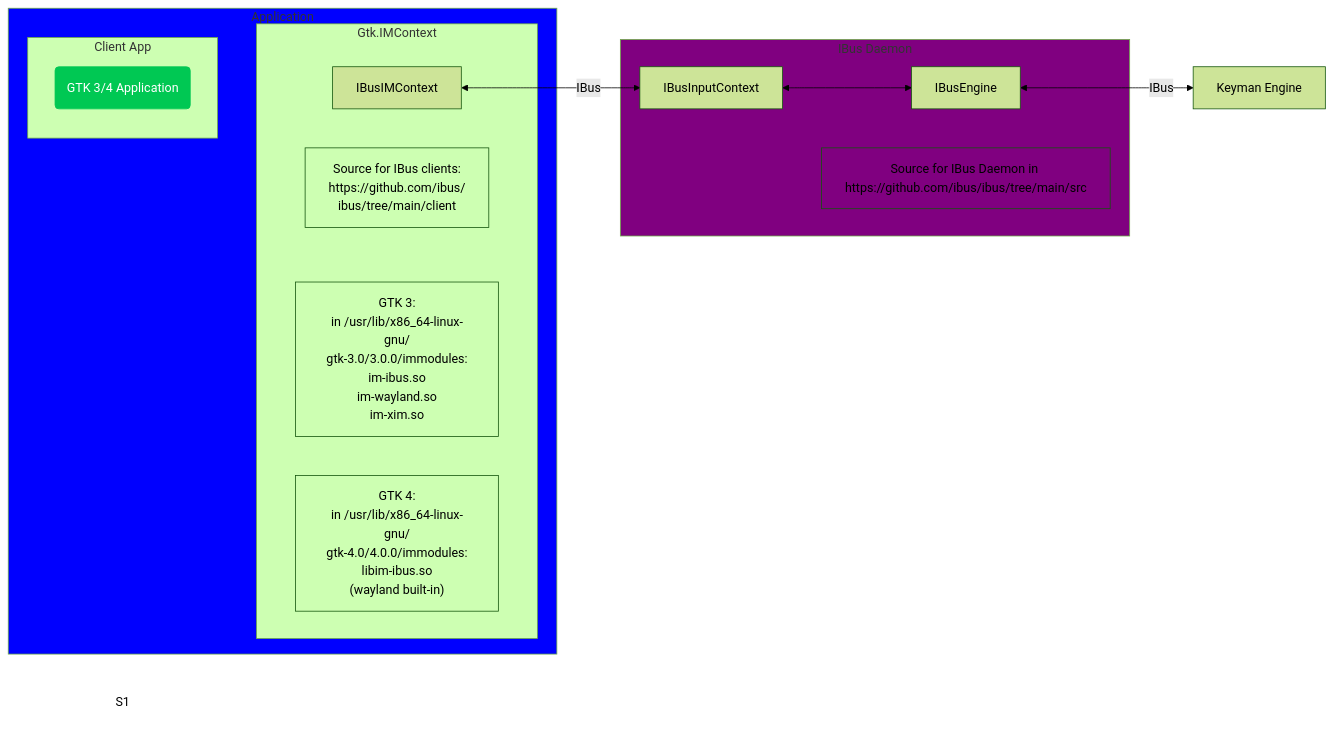
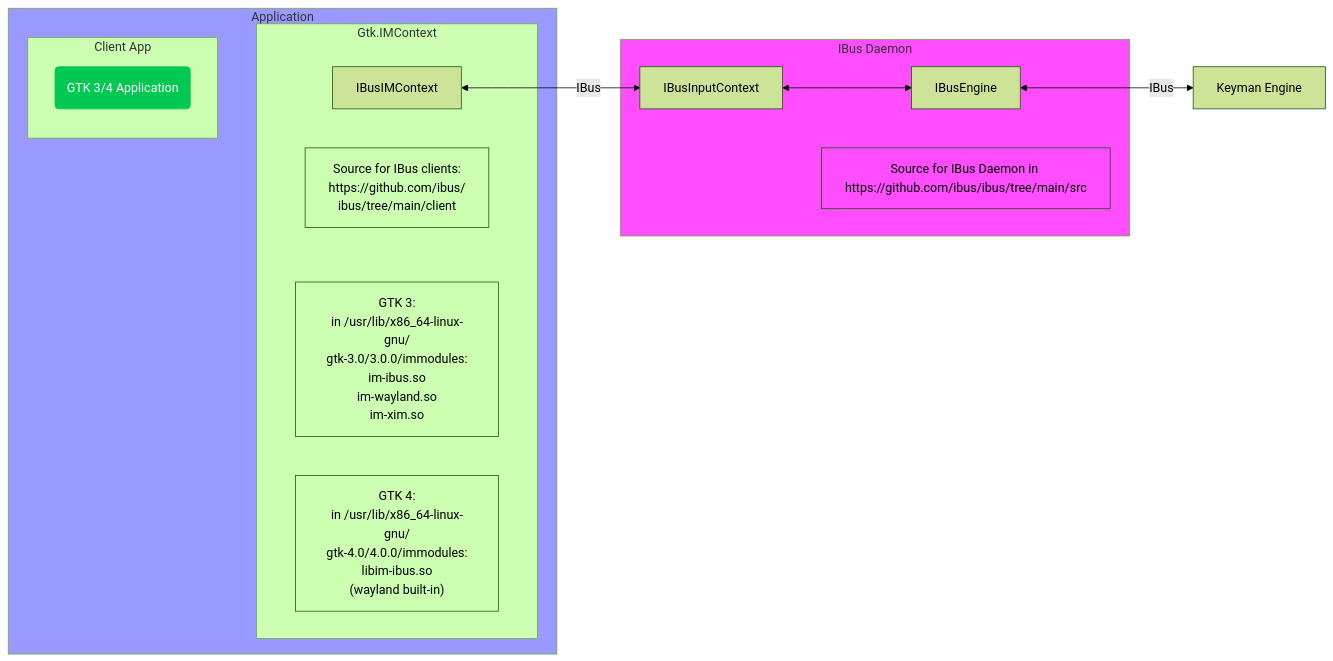
The diagram in linux/docs/internal/gtk-input-methods.md (keymanapp/keyman), drawn with Mermaid (forest theme) before and after one commit. The commit also changed 1 other file, not shown here.

Commit message:
docs(linux): improve colors

````diff
--- a/linux/docs/internal/gtk-input-methods.md
+++ b/linux/docs/internal/gtk-input-methods.md
@@ -19,39 +19,38 @@
 ```mermaid
 flowchart LR
   subgraph App["Application"]
-    style App fill:blue
+    style App fill:#9999ff
     subgraph ClientApp["Client App"]
       N1("GTK 3/4 Application")
     end
     subgraph GtkIMContext["Gtk.IMContext"]
       N2["GTK 3:<br/>in /usr/lib/x86_64-linux-gnu/<br/>gtk-3.0/3.0.0/immodules:<br>im-ibus.so<br/>im-wayland.so<br/>im-xim.so"]
       N3["GTK 4:<br/>in /usr/lib/x86_64-linux-gnu/<br/>gtk-4.0/4.0.0/immodules:<br>libim-ibus.so<br>(wayland built-in)"]
       subgraph S2["&nbsp;"]
         IBusIMContext
         N4["Source for IBus clients:<br>https://github.com/ibus/<br>ibus/tree/main/client"]
       end
     end
   end
 
   subgraph IBus["IBus Daemon"]
-    style IBus fill:purple
+    style IBus fill:#ff4dff
     IBusInputContext["IBusInputContext"]
     IBusEngine["IBusEngine"]
     N5["Source for IBus Daemon in https://github.com/ibus/ibus/tree/main/src"]
   end
 
   KeymanEngine["Keyman Engine"]
 
   ClientApp ~~~ GtkIMContext
   IBusIMContext <-- IBus--> IBusInputContext
   IBusInputContext <--> IBusEngine
   IBusEngine <-- IBus --> KeymanEngine
 
 style N1 color:#FFFFFF, stroke:#00C853, fill:#00C853
 style N2 fill:none
 style N3 fill:none
 style N4 fill:none
 style N5 fill:none
-style S1 fill:none, stroke-width:0
 style S2 fill:none, stroke-width:0
 ```
````
